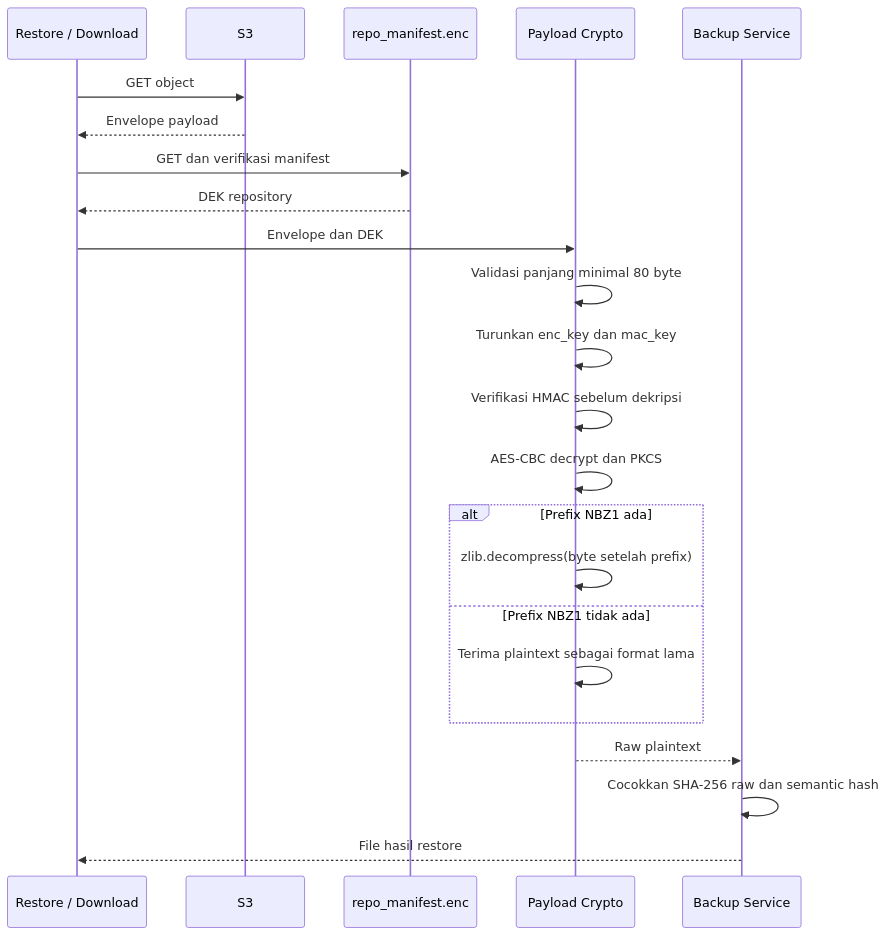
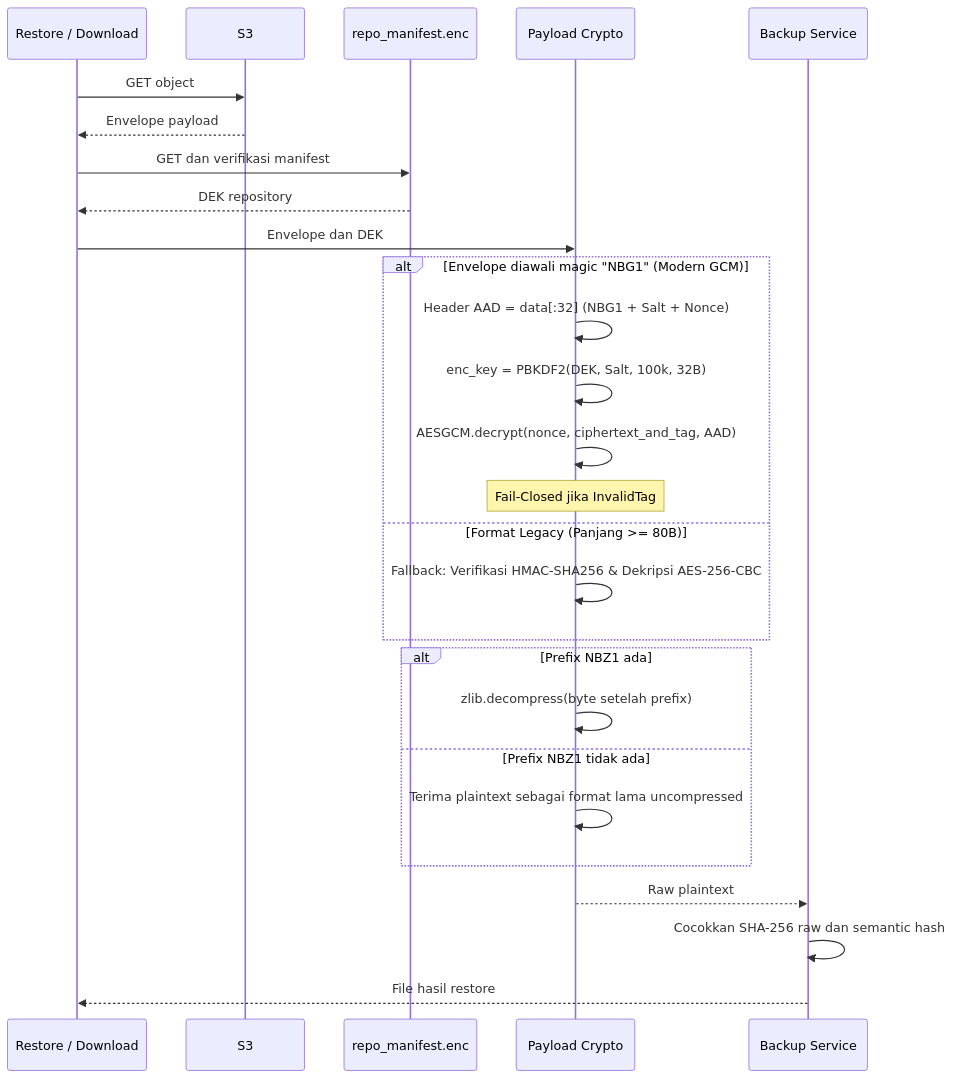
The second of 2 diagrams in docs/03-design/enkripsi-backup-s3.md (NugrohoAdySusanto/network-backup), drawn with Mermaid before and after one commit. The commit also changed other lines of this file and 13 other files, not shown here.

Commit message:
feat: migrate payload encryption to AES-256-GCM AEAD with AAD envelope binding

````diff
--- a/docs/03-design/enkripsi-backup-s3.md
+++ b/docs/03-design/enkripsi-backup-s3.md
@@ -99,26 +115,30 @@
 ```mermaid
 sequenceDiagram
     participant U as Restore / Download
     participant S as S3
     participant M as repo_manifest.enc
     participant C as Payload Crypto
     participant W as Backup Service
 
     U->>S: GET object
     S-->>U: Envelope payload
     U->>M: GET dan verifikasi manifest
     M-->>U: DEK repository
     U->>C: Envelope dan DEK
-    C->>C: Validasi panjang minimal 80 byte
-    C->>C: Turunkan enc_key dan mac_key
-    C->>C: Verifikasi HMAC sebelum dekripsi
-    C->>C: AES-CBC decrypt dan PKCS#7 unpad
+    alt Envelope diawali magic "NBG1" (Modern GCM)
+        C->>C: Header AAD = data[:32] (NBG1 + Salt + Nonce)
+        C->>C: enc_key = PBKDF2(DEK, Salt, 100k, 32B)
+        C->>C: AESGCM.decrypt(nonce, ciphertext_and_tag, AAD)
+        Note over C: Fail-Closed jika InvalidTag
+    else Format Legacy (Panjang >= 80B)
+        C->>C: Fallback: Verifikasi HMAC-SHA256 & Dekripsi AES-256-CBC
+    end
     alt Prefix NBZ1 ada
         C->>C: zlib.decompress(byte setelah prefix)
     else Prefix NBZ1 tidak ada
-        C->>C: Terima plaintext sebagai format lama
+        C->>C: Terima plaintext sebagai format lama uncompressed
     end
     C-->>W: Raw plaintext
     W->>W: Cocokkan SHA-256 raw dan semantic hash
     W-->>U: File hasil restore
 ```
````
